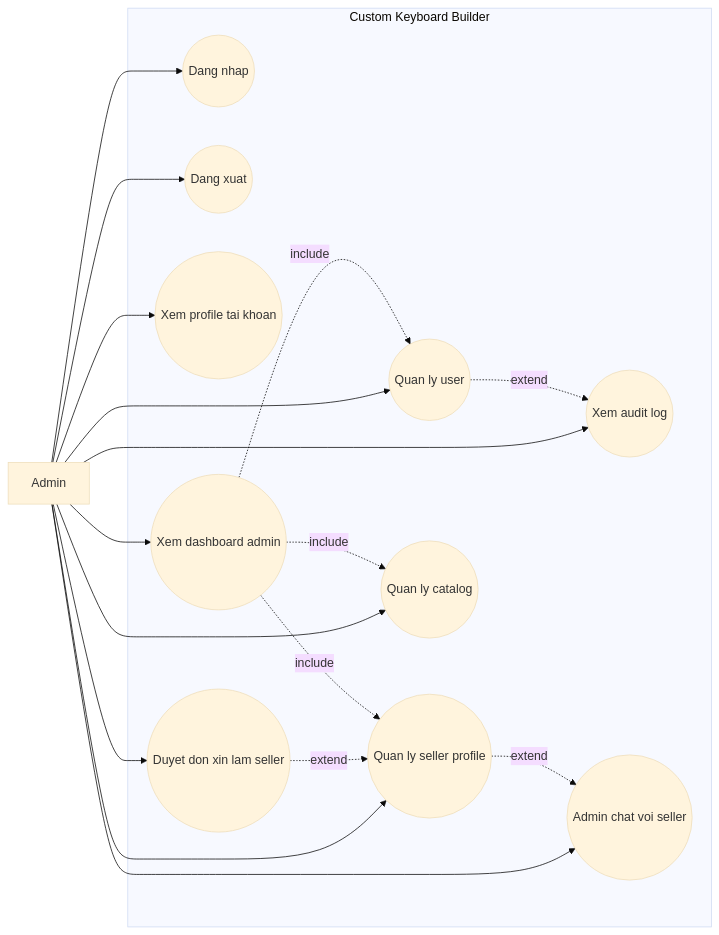
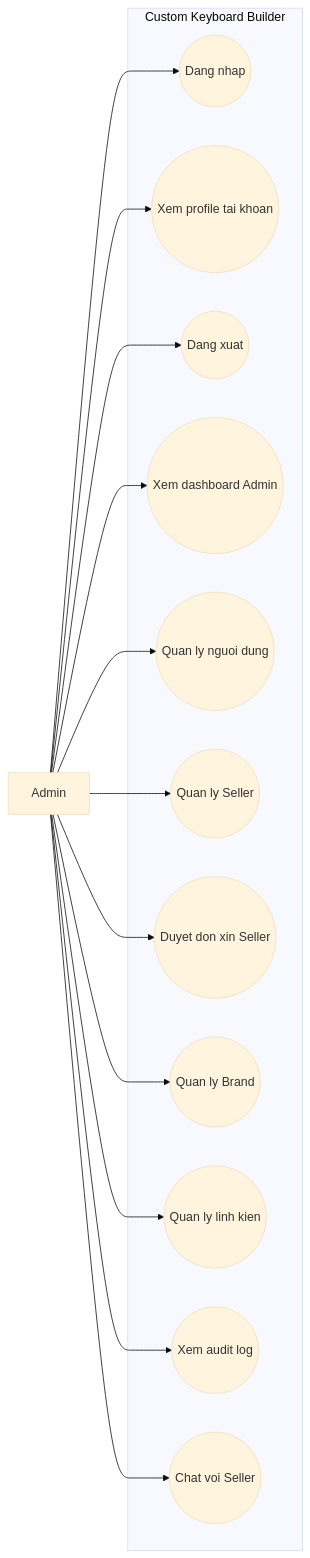
Before and after one commit to froynar/Custom_keyboard: the third of 3 diagrams in Documents_Refactor/Custom_Keyboard_Use_Cases_Refactor.md, drawn with Mermaid (base theme). The commit also changed other lines of this file and 19 other files, not shown here.

````diff
--- a/Documents_Refactor/Custom_Keyboard_Use_Cases_Refactor.md
+++ b/Documents_Refactor/Custom_Keyboard_Use_Cases_Refactor.md
@@ -241,37 +254,31 @@
 ```mermaid
 flowchart LR
     Admin["Admin"]
 
     subgraph System["Custom Keyboard Builder"]
         UC12(("Dang nhap"))
+        UC14(("Xem profile tai khoan"))
         UC13(("Dang xuat"))
-        UC14(("Xem profile tai khoan"))
 
-        UC41(("Xem dashboard admin"))
-        UC42(("Quan ly user"))
-        UC43(("Quan ly seller profile"))
-        UC44(("Quan ly catalog"))
+        UC41(("Xem dashboard Admin"))
+        UC42(("Quan ly nguoi dung"))
+        UC43(("Quan ly Seller"))
+        UC46(("Duyet don xin Seller"))
+        UC44B(("Quan ly Brand"))
+        UC44C(("Quan ly linh kien"))
         UC45(("Xem audit log"))
-        UC46(("Duyet don xin lam seller"))
-        UC54(("Admin chat voi seller"))
+        UC54(("Chat voi Seller"))
     end
 
     Admin --> UC12
+    Admin --> UC14
     Admin --> UC13
-    Admin --> UC14
     Admin --> UC41
     Admin --> UC42
     Admin --> UC43
-    Admin --> UC44
+    Admin --> UC46
+    Admin --> UC44B
+    Admin --> UC44C
     Admin --> UC45
-    Admin --> UC46
     Admin --> UC54
-
-    UC46 -. extend .-> UC43
-
-    UC41 -. include .-> UC42
-    UC41 -. include .-> UC43
-    UC41 -. include .-> UC44
-    UC42 -. extend .-> UC45
-    UC43 -. extend .-> UC54
 ```
````
